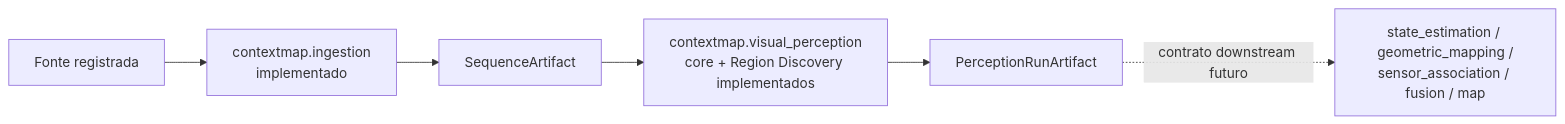
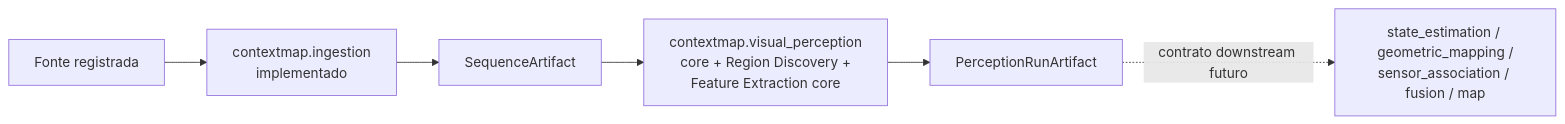
Before and after one commit to Alexandre-Tortoza/contextmap2: the third of 7 diagrams in docs/architecture.md, drawn with Mermaid. The commit also changed other lines of this file, not shown here.

Commit message:
docs(feature-extraction): refresh architecture state

````diff
--- a/docs/architecture.md
+++ b/docs/architecture.md
@@ -116,8 +116,8 @@
 ```mermaid
 flowchart LR
     SRC["Fonte registrada"] --> ING["contextmap.ingestion<br/>implementado"]
     ING --> SA["SequenceArtifact"]
-    SA --> VP["contextmap.visual_perception<br/>core + Region Discovery implementados"]
+    SA --> VP["contextmap.visual_perception<br/>core + Region Discovery +<br/>Feature Extraction core"]
     VP --> PRA["PerceptionRunArtifact"]
     PRA -. contrato downstream futuro .-> NEXT["state_estimation / geometric_mapping /<br/>sensor_association / fusion / map"]
 ```
````
